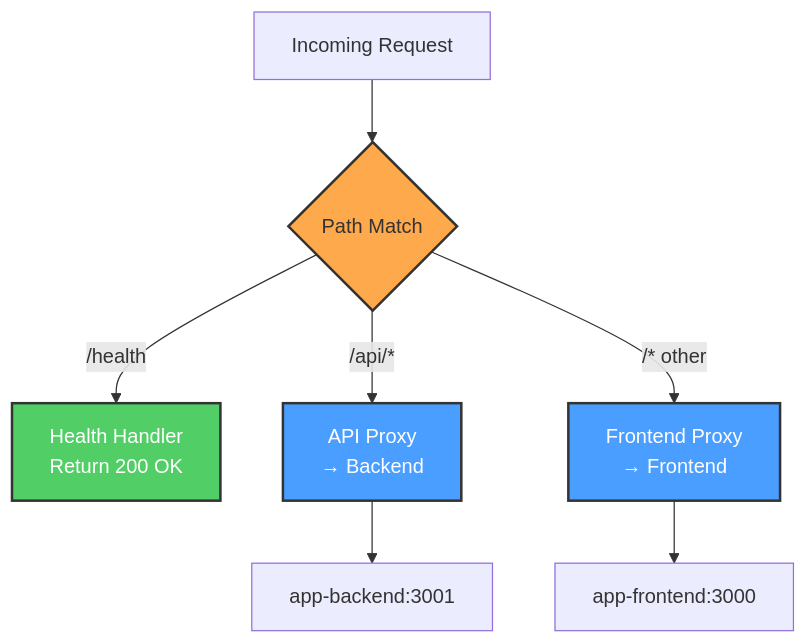
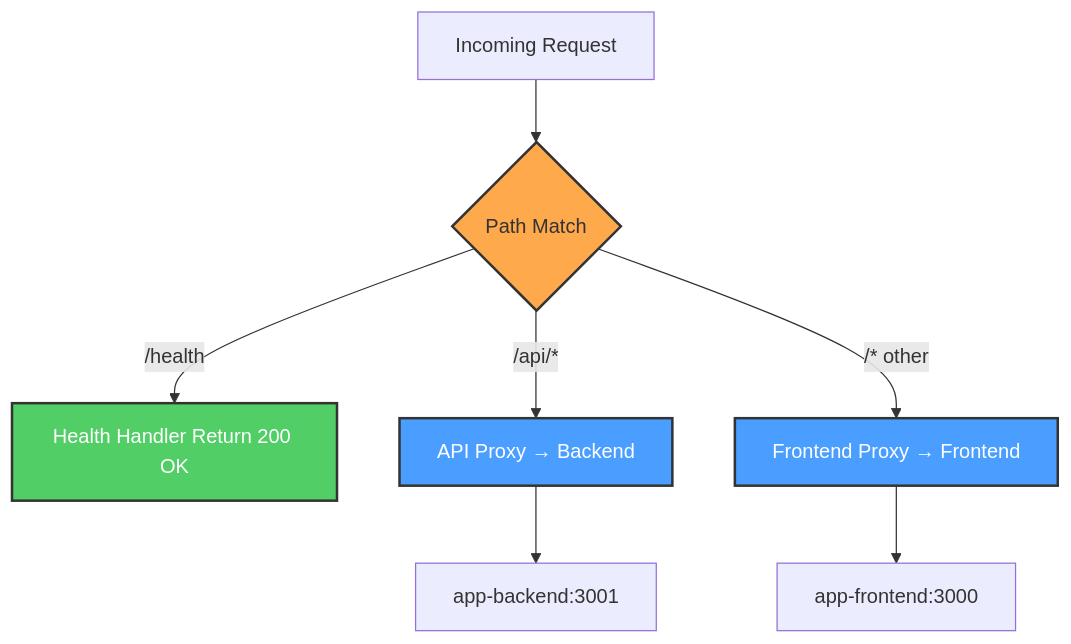
One commit to softwarewrighter/dev-proxy changed the third of 9 diagrams in wiki/Architecture.md. Above: the diagram before and after it, drawn with Mermaid. The commit also changed other lines of this file and 6 other files, not shown here.

First line of the commit message:
Fix wiki Mermaid diagrams: remove <br/> tags

````diff
--- a/wiki/Architecture.md
+++ b/wiki/Architecture.md
@@ -113,16 +113,16 @@
 ```mermaid
 graph TD
     Request[Incoming Request] --> Router{Path Match}
 
-    Router -->|/health| HealthHandler[Health Handler<br/>Return 200 OK]
-    Router -->|/api/*| APIProxy[API Proxy<br/>→ Backend]
-    Router -->|/* other| FrontendProxy[Frontend Proxy<br/>→ Frontend]
+    Router -->|/health| HealthHandler[Health Handler Return 200 OK]
+    Router -->|/api/*| APIProxy[API Proxy → Backend]
+    Router -->|/* other| FrontendProxy[Frontend Proxy → Frontend]
 
     APIProxy --> Backend[app-backend:3001]
     FrontendProxy --> Frontend[app-frontend:3000]
 
     style Router fill:#ffa94d,stroke:#333,stroke-width:2px
     style HealthHandler fill:#51cf66,stroke:#333,stroke-width:2px,color:#fff
     style APIProxy fill:#4a9eff,stroke:#333,stroke-width:2px,color:#fff
     style FrontendProxy fill:#4a9eff,stroke:#333,stroke-width:2px,color:#fff
 ```
````
